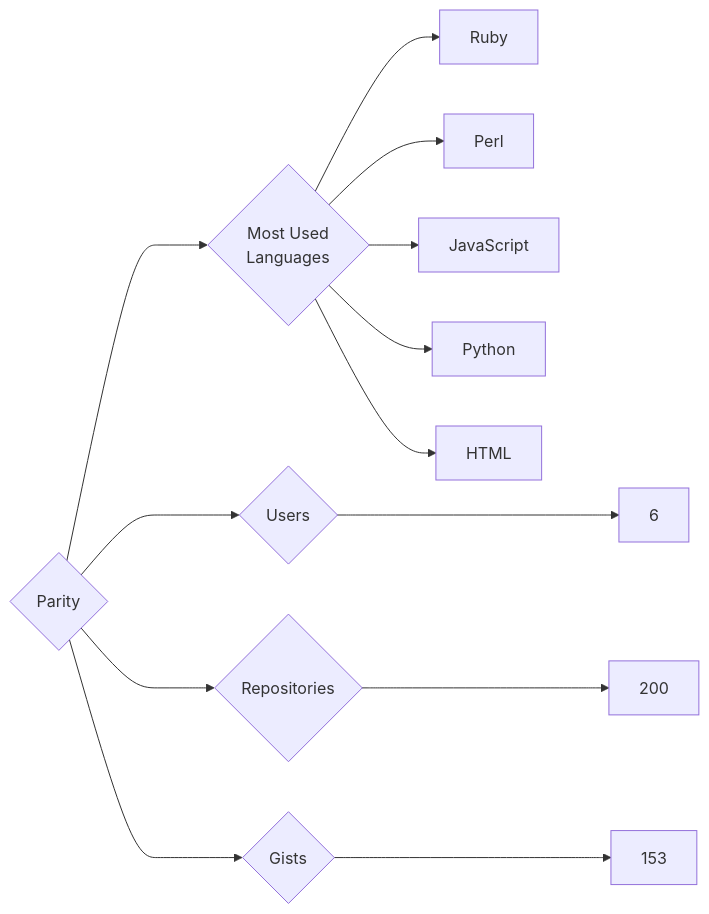
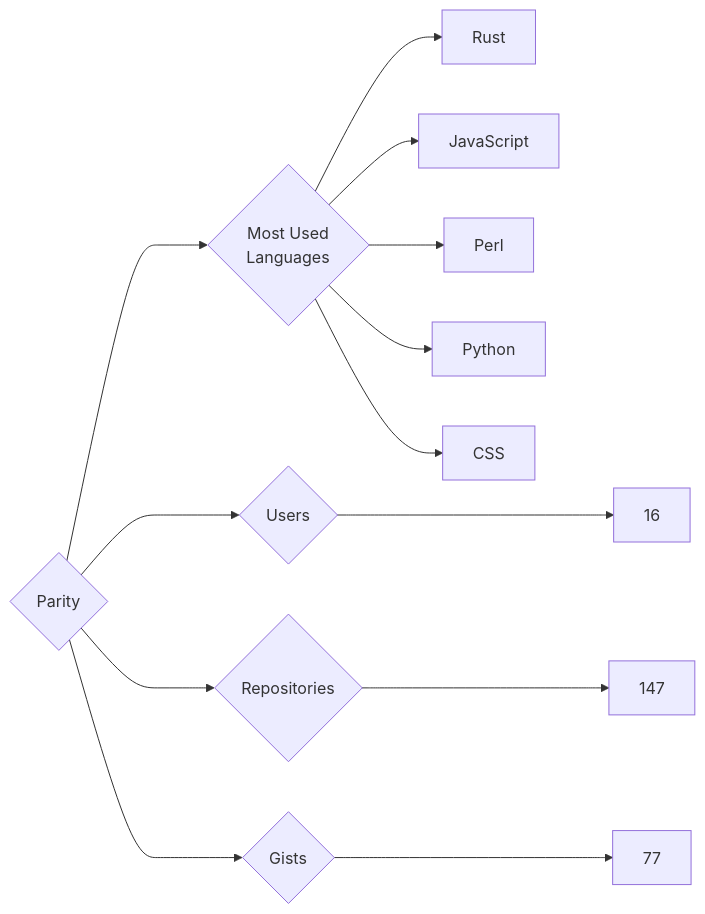
One commit to trickest/insiders changed the diagram in targets/Parity/README.md. Above: the diagram before and after it, drawn with Mermaid. The commit also changed 972 other files, not shown here.

````diff
--- a/targets/Parity/README.md
+++ b/targets/Parity/README.md
@@ -3,13 +3,13 @@
 ```mermaid
 graph LR
 COMPANY_NAME{Parity}
-COMPANY_NAME ---> U{Users} ---> UN[6]
-COMPANY_NAME ---> R{Repositories} ---> RN[200]
-COMPANY_NAME ---> G{Gists} ---> GN[153]
+COMPANY_NAME ---> U{Users} ---> UN[16]
+COMPANY_NAME ---> R{Repositories} ---> RN[147]
+COMPANY_NAME ---> G{Gists} ---> GN[77]
 COMPANY_NAME ---> ML{Most Used<br>Languages}
-ML --> Ruby[Ruby]
+ML --> Rust[Rust]
+ML --> JavaScript[JavaScript]
 ML --> Perl[Perl]
-ML --> JavaScript[JavaScript]
 ML --> Python[Python]
-ML --> HTML[HTML]
+ML --> CSS[CSS]
 ```
````
